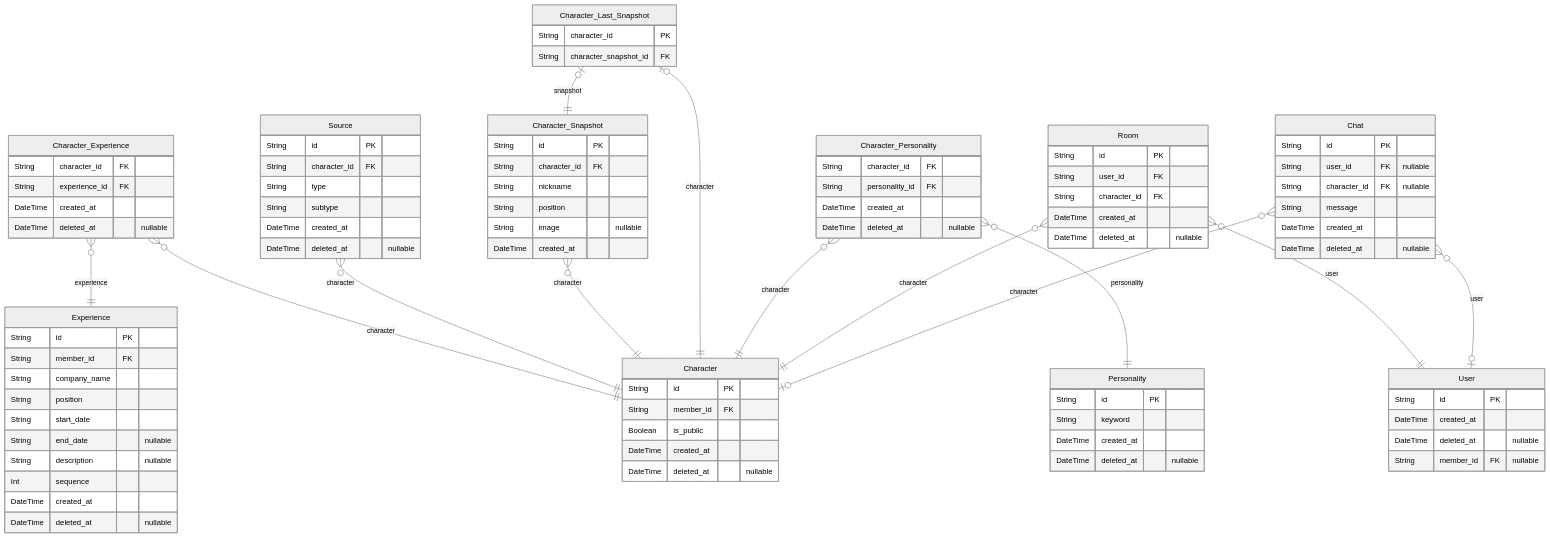
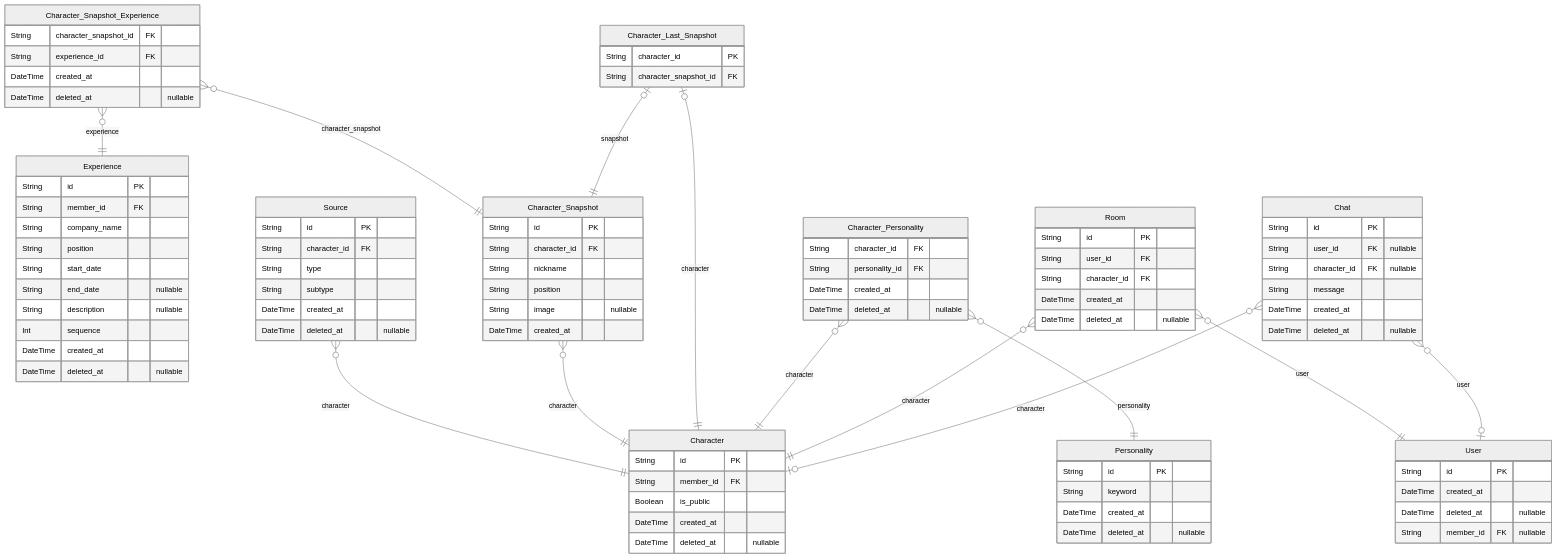
One commit to Resupath/backend changed the second of 2 diagrams in prisma/ERD.md. Above: the diagram before and after it, drawn with Mermaid (neutral theme). The commit also changed other lines of this file and 1 other file, not shown here.

First line of the commit message:
feat: Character_Snapshot과 Experience의 관계 추가

```diff
--- a/prisma/ERD.md
+++ b/prisma/ERD.md
@@ -77,8 +77,8 @@
   DateTime created_at
   DateTime deleted_at "nullable"
 }
-"Character_Experience" {
-  String character_id FK
+"Character_Snapshot_Experience" {
+  String character_snapshot_id FK
   String experience_id FK
   DateTime created_at
   DateTime deleted_at "nullable"
@@ -143,8 +143,8 @@
   DateTime deleted_at "nullable"
   String member_id FK "nullable"
 }
-"Character_Experience" }o--|| "Character" : character
-"Character_Experience" }o--|| "Experience" : experience
+"Character_Snapshot_Experience" }o--|| "Character_Snapshot" : character_snapshot
+"Character_Snapshot_Experience" }o--|| "Experience" : experience
 "Source" }o--|| "Character" : character
 "Character_Snapshot" }o--|| "Character" : character
 "Character_Last_Snapshot" |o--|| "Character" : character
```
